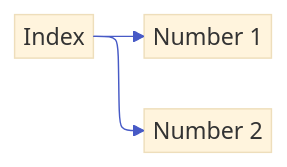
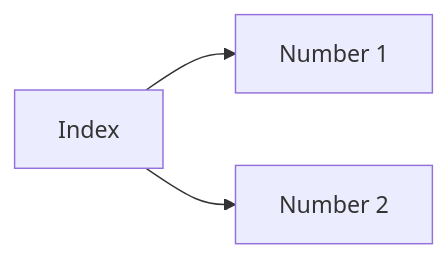
Before and after one commit to anaitab/mermaid-elk: the diagram in Diagram.qmd, drawn with Mermaid.

Commit message:
Update Mermaid diagram configuration in Diagram.qmd

````diff
--- a/Diagram.qmd
+++ b/Diagram.qmd
@@ -1,12 +1,11 @@
 ```{mermaid}
-%%{init: {"theme":"base","fontSize":"0.6em","themeVariables":{"background":"#B8A539","htmlLabels":true},"layout":"elk","elk":{"mergeEdges":true,"nodePlacementStrategy":"simple"},"securityLevel":"loose","flowchart":{"nodeSpacing":10,"rankSpacing":200, "wrappingWidth":230, "padding":3, "defaultRenderer":"elk","layoutAlgorithm":"elk","mergeEdges":true,"nodePlacementStrategy":"simple","htmlLabels":true},"er":{"htmlLabels":true,"layoutDirection":"LR","padding":3,"wrappingWidth":230,"defaultRenderer":"elk","layoutAlgorithm":"elk","mergeEdges":true,"nodePlacementStrategy":"simple"}}}%%
 flowchart LR
   index["Index"]
   number1["Number 1"]
   number2["Number 2"]
   index --> number1
   index --> number2
   click index "index.html"
   click number1 "number1.html"
   click number2 "number2.html"
 ```
````
